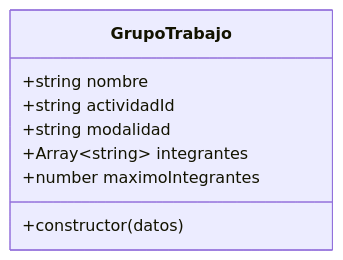
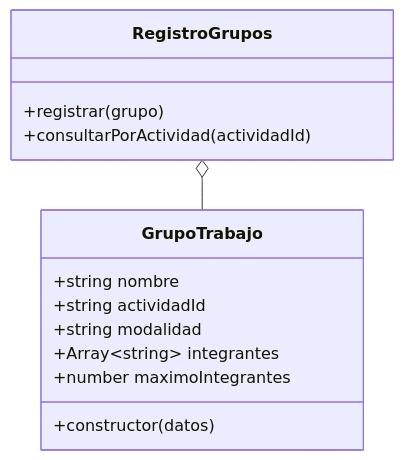
Before and after one commit to Stevenjoelrs/ActivityClassroom: the diagram in docs/tarea-01-grupo-trabajo.md, drawn with Mermaid. The commit also changed other lines of this file and 4 other files, not shown here.

````diff
--- a/docs/tarea-01-grupo-trabajo.md
+++ b/docs/tarea-01-grupo-trabajo.md
@@ -38,11 +38,16 @@
 ```mermaid
 classDiagram
     class GrupoTrabajo {
         +string nombre
         +string actividadId
         +string modalidad
         +Array~string~ integrantes
         +number maximoIntegrantes
         +constructor(datos)
     }
+    class RegistroGrupos {
+        +registrar(grupo)
+        +consultarPorActividad(actividadId)
+    }
+    RegistroGrupos o-- GrupoTrabajo
 ```
````
